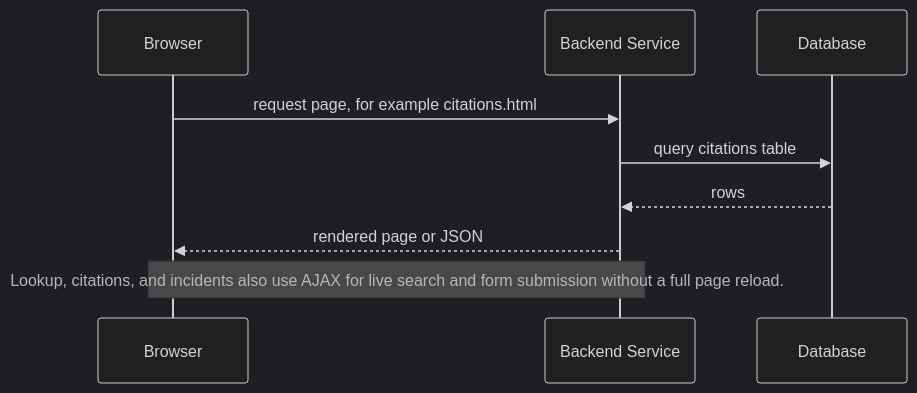
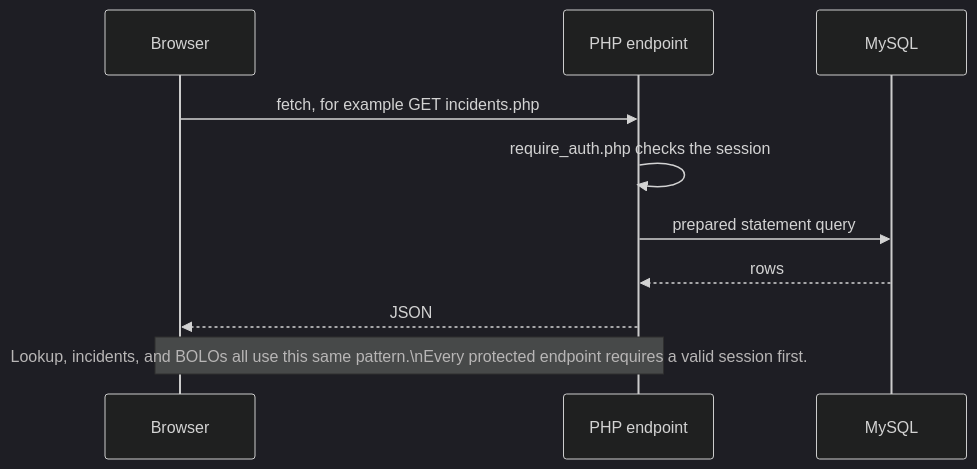
The third of 4 diagrams in ARCHITECTURE.md (EgizianoEG/CNC111-Proto-PoliceMDT-Web), drawn with Mermaid (dark theme) before and after one commit. The commit also changed other lines of this file and 3 other files, not shown here.

````diff
--- a/ARCHITECTURE.md
+++ b/ARCHITECTURE.md
@@ -89,13 +138,14 @@
 ```mermaid
 sequenceDiagram
     participant Browser
-    participant Server as Backend Service
-    participant DB as Database
+    participant PHP as PHP endpoint
+    participant DB as MySQL
 
-    Browser->>Server: request page, for example citations.html
-    Server->>DB: query citations table
-    DB-->>Server: rows
-    Server-->>Browser: rendered page or JSON
+    Browser->>PHP: fetch, for example GET incidents.php
+    PHP->>PHP: require_auth.php checks the session
+    PHP->>DB: prepared statement query
+    DB-->>PHP: rows
+    PHP-->>Browser: JSON
 
-    Note over Browser,Server: Lookup, citations, and incidents also use AJAX for live search and form submission without a full page reload.
+    Note over Browser,PHP: Lookup, incidents, and BOLOs all use this same pattern.\nEvery protected endpoint requires a valid session first.
 ```
````
